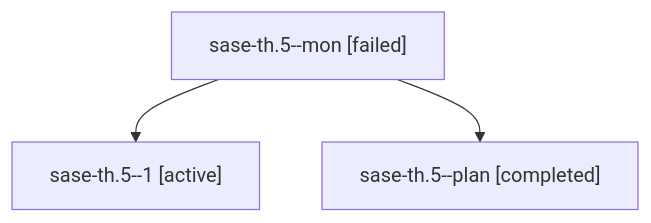
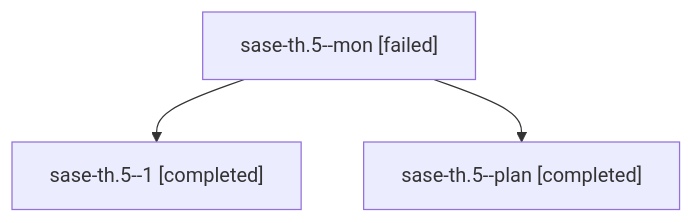
Before and after one commit to sase-org/sase--agents: the diagram in families/bbugyi200.athena.sase-th.5.md, drawn with Mermaid. The commit also changed other lines of this file and 21 other files, not shown here.

````diff
--- a/families/bbugyi200.athena.sase-th.5.md
+++ b/families/bbugyi200.athena.sase-th.5.md
@@ -9,8 +9,8 @@
 ```mermaid
 flowchart TD
   n0["sase-th.5--mon [failed]"]
-  n1["sase-th.5--1 [active]"]
+  n1["sase-th.5--1 [completed]"]
   n0 --> n1
   n2["sase-th.5--plan [completed]"]
   n0 --> n2
 ```
````
